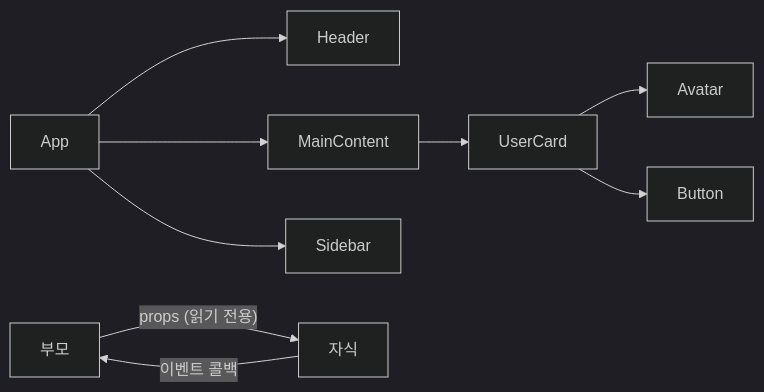
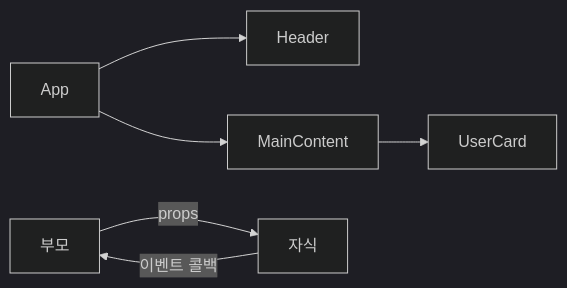
Before and after one commit to yjkim2015/yjkim2015.github.io: the first of 5 diagrams in _posts/frontend/2026-05-01-react.md, drawn with Mermaid (dark theme). The commit also changed 163 other files, not shown here.

First line of the commit message:
Mermaid 300개 블록 내용 축소: 5노드 5엣지 이하, 의미 있는 약어

````diff
--- a/_posts/frontend/2026-05-01-react.md
+++ b/_posts/frontend/2026-05-01-react.md
@@ -28,11 +28,8 @@
 ```mermaid
-flowchart LR
+graph LR
     APP["App"] --> HEADER["Header"]
     APP --> MAIN["MainContent"]
-    APP --> SIDEBAR["Sidebar"]
     MAIN --> USERCARD["UserCard"]
-    USERCARD --> AVATAR["Avatar"]
-    USERCARD --> BUTTON["Button"]
-    PARENT["부모"] -->|"props (읽기 전용)"| CHILD["자식"]
+    PARENT["부모"] -->|"props"| CHILD["자식"]
     CHILD -->|"이벤트 콜백"| PARENT
 ```
````
